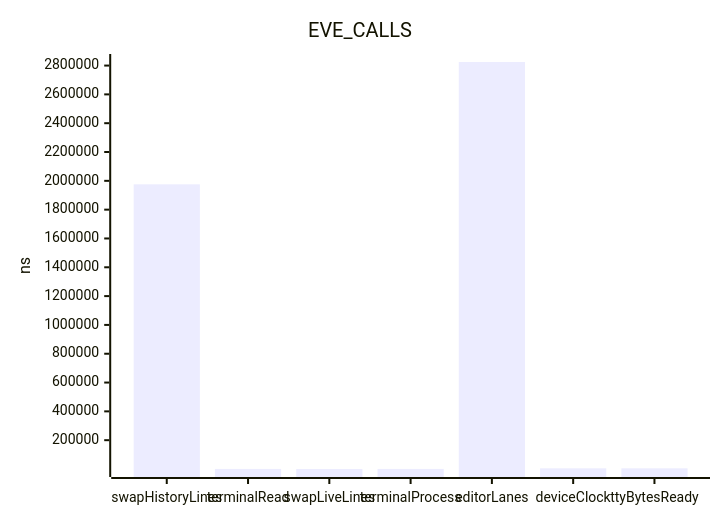
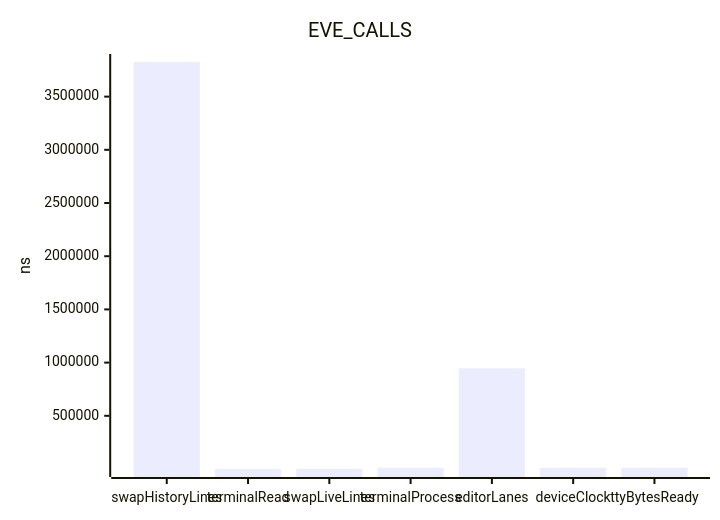
The third of 10 diagrams in benchmark/live-report.md (jrengmusic/eve), drawn with Mermaid before and after one commit. The commit also changed other lines of this file and 37 other files, not shown here.

````diff
--- a/benchmark/live-report.md
+++ b/benchmark/live-report.md
@@ -1685,7 +1598,7 @@
 ```mermaid
 xychart-beta
 title "EVE_CALLS"
 x-axis ["swapHistoryLines", "terminalRead", "swapLiveLines", "terminalProcess", "editorLanes", "deviceClock", "ttyBytesReady"]
 y-axis "ns"
-bar [1975878.08187300921417773, 376.02571093426735160, 1.00542990111280273, 543.42514037210219158, 2824741.66088199475780129, 4589.31303386974923342, 4589.31303386974923342]
+bar [3825422.06291317287832499, 543.42514037210219158, 1.00542990111280273, 10797.70809357159669162, 946053.66673099924810231, 10797.70809357159669162, 10915.28742570525901101]
 ```
````
